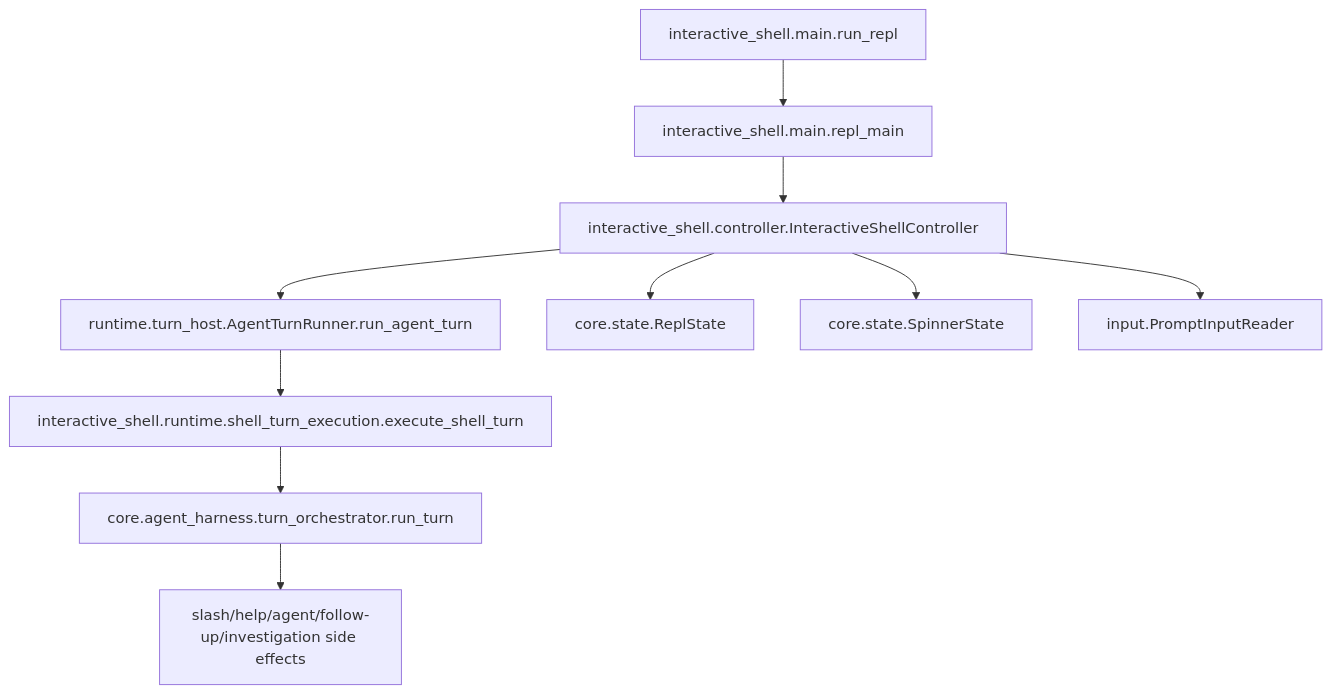
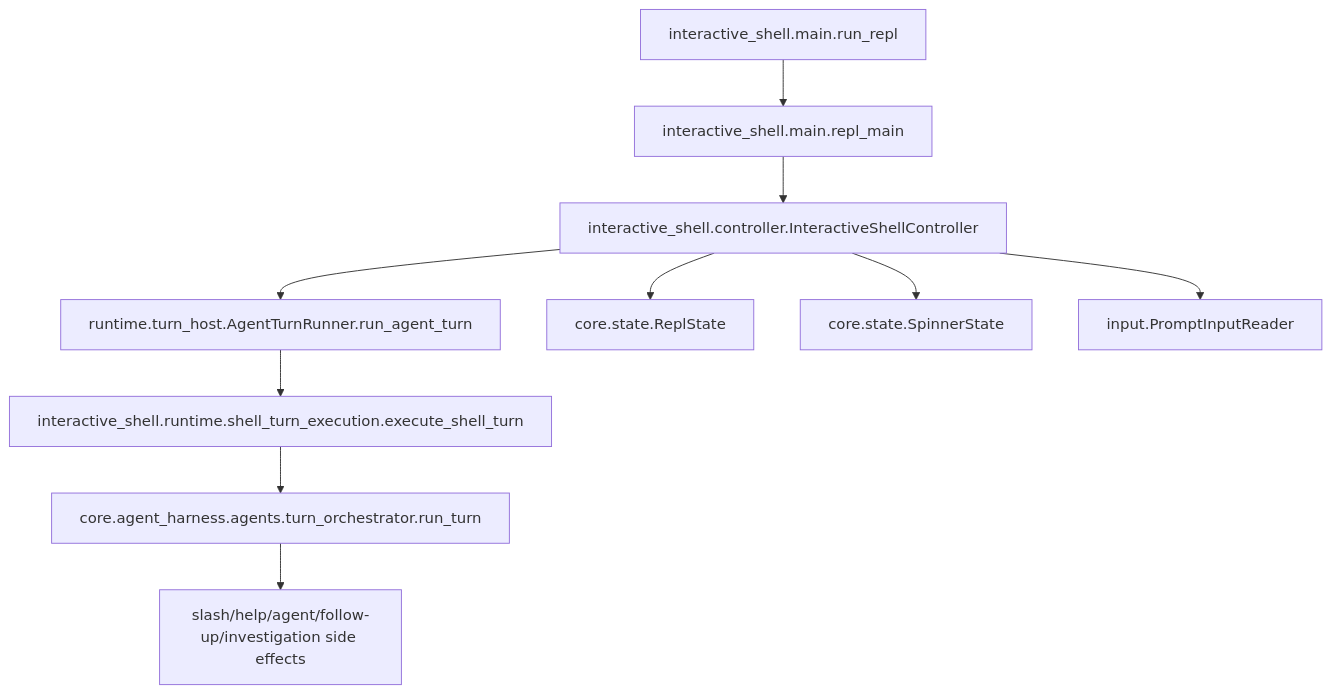
Before and after one commit to Tracer-Cloud/open-sre-agent: the diagram in surfaces/interactive_shell/runtime/AGENTS.md, drawn with Mermaid. The commit also changed other lines of this file and 98 other files, not shown here.

Commit message:
restructuring and grouping of the core/agent_harness repository

````diff
--- a/surfaces/interactive_shell/runtime/AGENTS.md
+++ b/surfaces/interactive_shell/runtime/AGENTS.md
@@ -96,12 +95,12 @@
 ```mermaid
 flowchart TD
   runRepl["interactive_shell.main.run_repl"] --> replMain["interactive_shell.main.repl_main"]
   replMain --> controller["interactive_shell.controller.InteractiveShellController"]
   controller --> turnHost["runtime.turn_host.AgentTurnRunner.run_agent_turn"]
   turnHost --> turnEntry["interactive_shell.runtime.shell_turn_execution.execute_shell_turn"]
-  turnEntry --> coreHarness["core.agent_harness.turn_orchestrator.run_turn"]
+  turnEntry --> coreHarness["core.agent_harness.agents.turn_orchestrator.run_turn"]
   coreHarness --> sideEffects["slash/help/agent/follow-up/investigation side effects"]
   controller --> replState["core.state.ReplState"]
   controller --> spinnerState["core.state.SpinnerState"]
   controller --> inputReader["input.PromptInputReader"]
 ```
````
